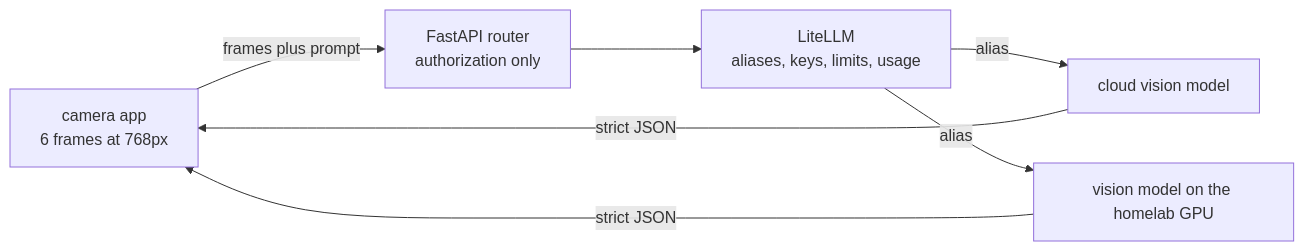
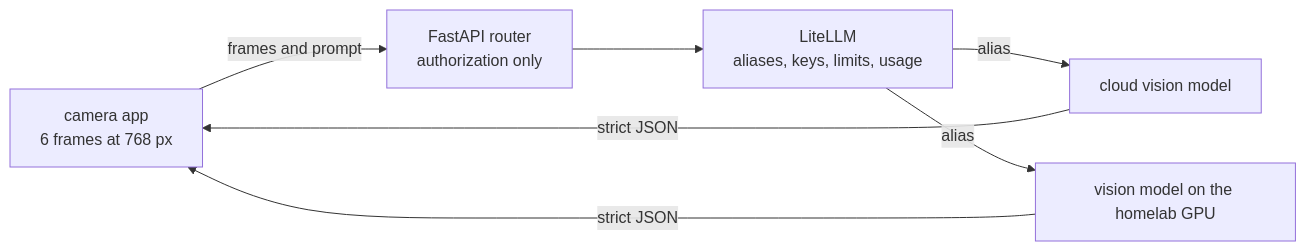
Before and after one commit to Franciskid/homelab-camera: the third of 3 diagrams in README.md, drawn with Mermaid. The commit also changed other lines of this file, not shown here.

````diff
--- a/README.md
+++ b/README.md
@@ -72,14 +145,14 @@
 ```mermaid
 flowchart LR
-  app["camera app<br/>6 frames at 768px"]
+  app["camera app<br/>6 frames at 768 px"]
   router["FastAPI router<br/>authorization only"]
   llm["LiteLLM<br/>aliases, keys, limits, usage"]
   cloud["cloud vision model"]
   local["vision model on the homelab GPU"]
-  app -->|"frames plus prompt"| router
+  app -->|"frames and prompt"| router
   router --> llm
   llm -->|alias| cloud
   llm -->|alias| local
   cloud -->|"strict JSON"| app
   local -->|"strict JSON"| app
 ```
````
